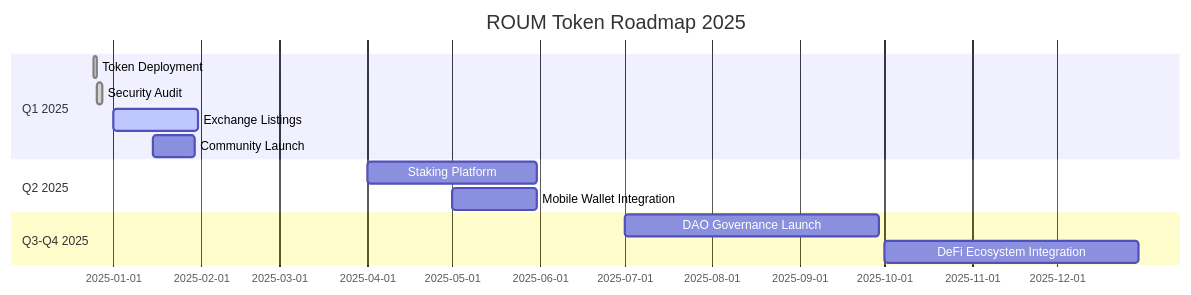
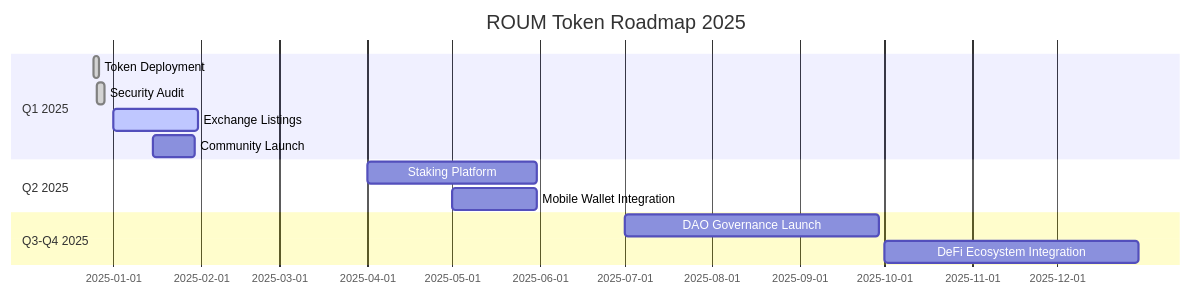
One commit to Osama-Qonaibe/ROUM-Token changed the fourth of 4 diagrams in README.md. Above: the diagram before and after it, drawn with Mermaid. The commit also changed other lines of this file, not shown here.

Commit message:
Update README with Mainnet deployment details and CertiK verification links

````diff
--- a/README.md
+++ b/README.md
@@ -104,16 +132,16 @@
 ```mermaid
 gantt
     title ROUM Token Roadmap 2025
     dateFormat YYYY-MM-DD
     section Q1 2025
-    Token Deployment           :done, 2024-12-25, 1d
-    Security Audit            :done, 2024-12-26, 2d
+    Token Deployment           :done, 2024-12-25, 2d
+    Security Audit            :done, 2024-12-26, 3d
     Exchange Listings         :active, 2025-01-01, 30d
     Community Launch          :2025-01-15, 15d
     section Q2 2025
     Staking Platform          :2025-04-01, 60d
     Mobile Wallet Integration :2025-05-01, 30d
     section Q3-Q4 2025
     DAO Governance Launch     :2025-07-01, 90d
     DeFi Ecosystem Integration:2025-10-01, 90d
 ```
````
